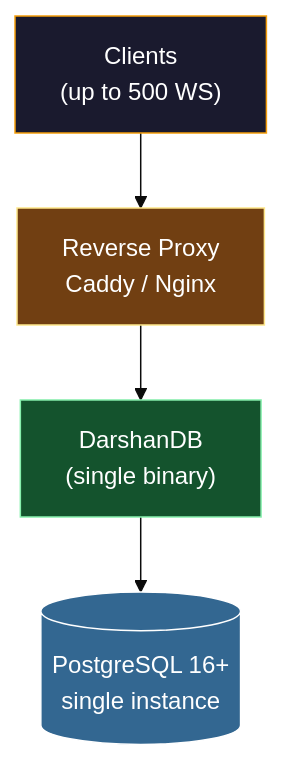
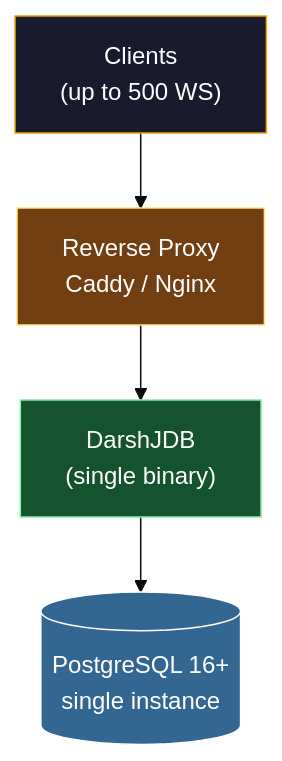
One commit to darshjme/darshjdb changed the first of 12 diagrams in docs/strategy/SCALABILITY_STRATEGY.md. Above: the diagram before and after it, drawn with Mermaid (base theme). The commit also changed other lines of this file and 107 other files, not shown here.

First line of the commit message:
rebrand: DarshanDB → DarshJDB (DDB)

````diff
--- a/docs/strategy/SCALABILITY_STRATEGY.md
+++ b/docs/strategy/SCALABILITY_STRATEGY.md
@@ -37,14 +37,14 @@
 ```mermaid
 graph TB
     Client["Clients\n(up to 500 WS)"]
     LB["Reverse Proxy\nCaddy / Nginx"]
-    DDB["DarshanDB\n(single binary)"]
+    DDB["DarshJDB\n(single binary)"]
     PG[("PostgreSQL 16+\nsingle instance")]
 
     Client --> LB --> DDB --> PG
 
     style Client fill:#1a1a2e,stroke:#F59E0B,color:#fff
     style LB fill:#713f12,stroke:#fde68a,color:#fff
     style DDB fill:#14532d,stroke:#86efac,color:#fff
     style PG fill:#336791,stroke:#fff,color:#fff
 ```
````
